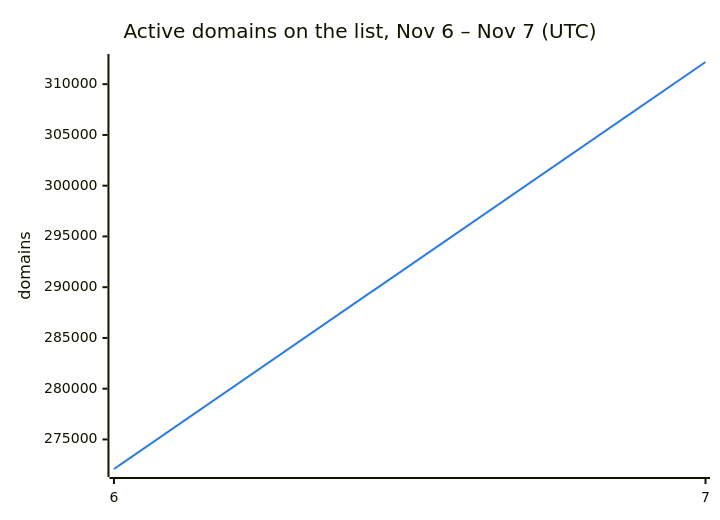
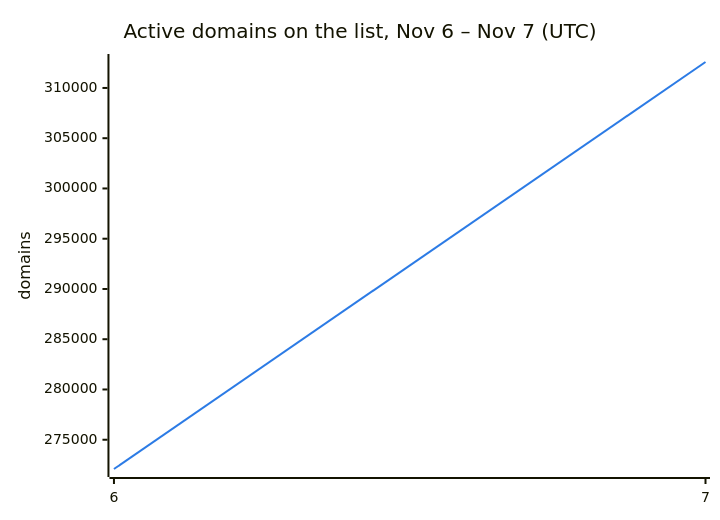
Before and after one commit to DNSBunker/CTI: the second of 3 diagrams in README.md, drawn with Mermaid. The commit also changed other lines of this file and 3 other files, not shown here.

````diff
--- a/README.md
+++ b/README.md
@@ -38,8 +38,8 @@
 ```mermaid
 %%{init: {"themeVariables": {"xyChart": {"plotColorPalette": "#2c7be5"}}}}%%
 xychart-beta
     title "Active domains on the list, Nov 6 – Nov 7 (UTC)"
     x-axis ["6", "7"]
     y-axis "domains"
-    line [272088, 312186]
+    line [272088, 312582]
 ```
````
